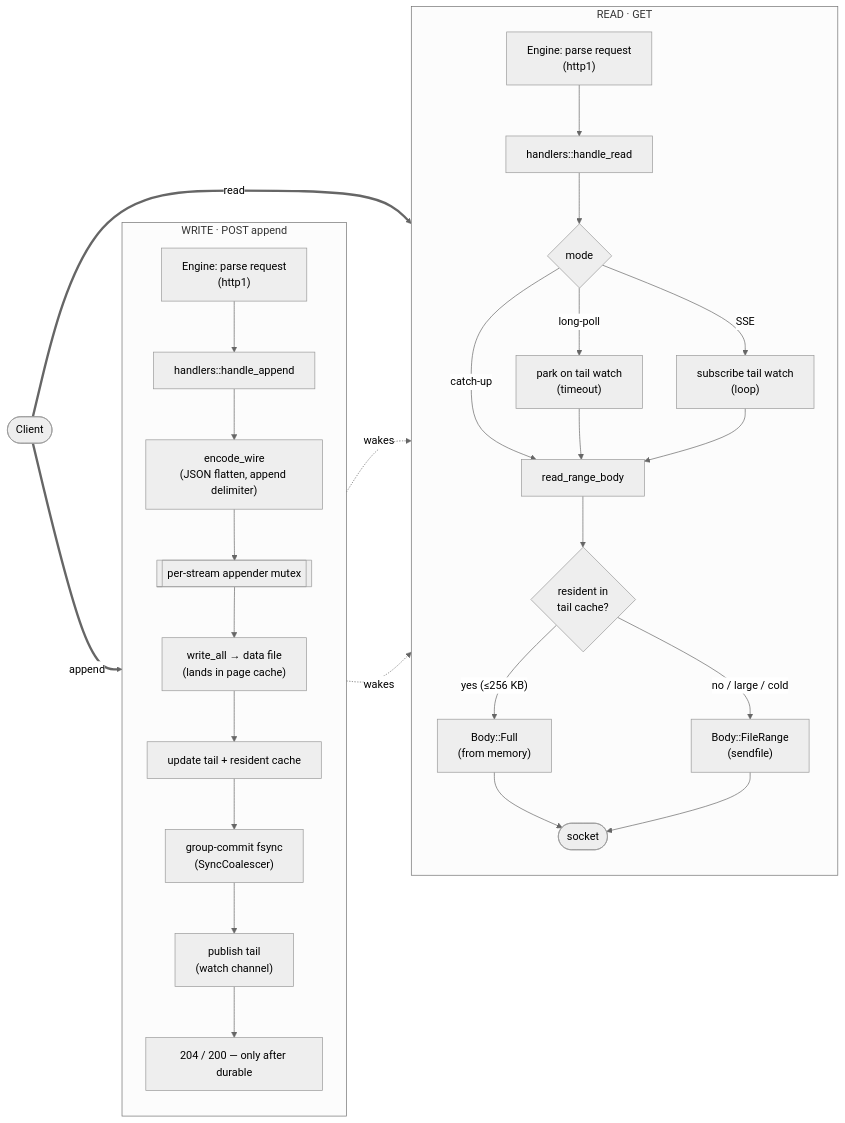
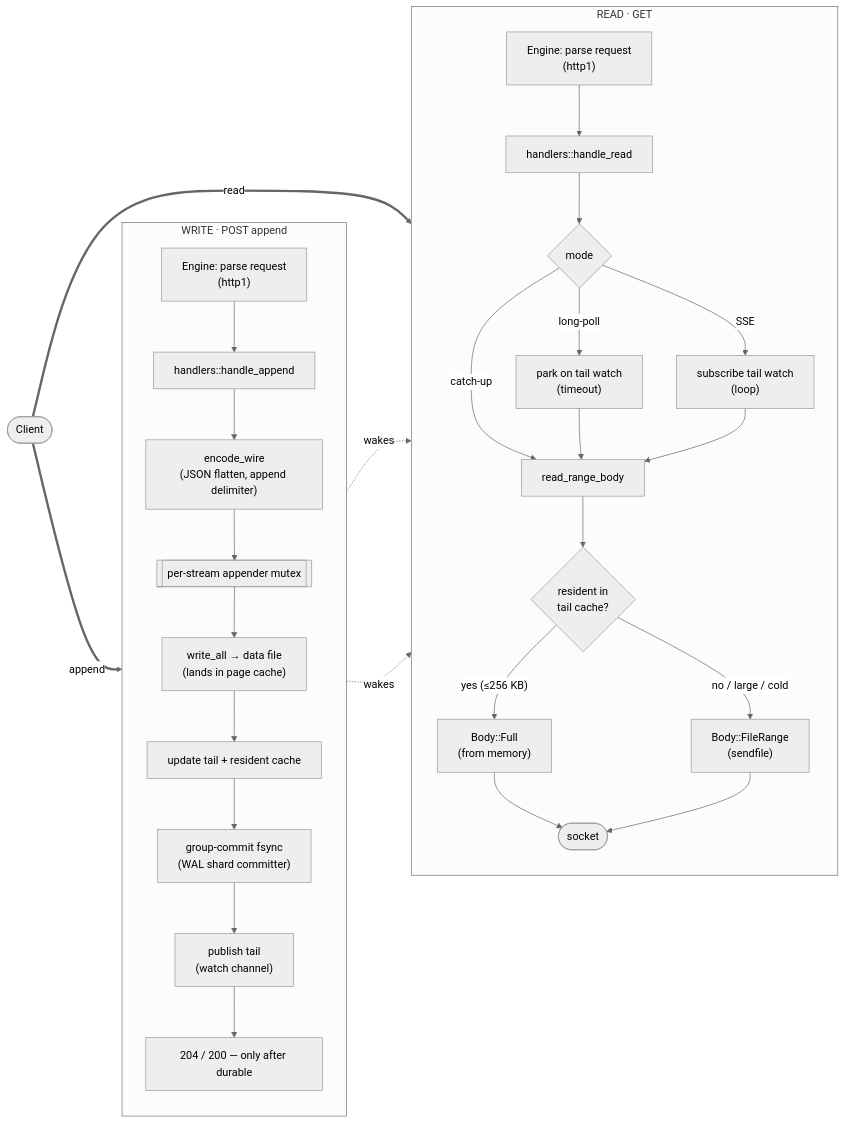
Before and after one commit to electric-sql/electric: the first of 3 diagrams in ARCHITECTURE.md, drawn with Mermaid (neutral theme). The commit also changed other lines of this file and 2 other files, not shown here.

First line of the commit message:
docs(server-rust): WAL-only durability; add LIMITATIONS.md; drop relaxed-durability

````diff
--- a/ARCHITECTURE.md
+++ b/ARCHITECTURE.md
@@ -38,37 +38,37 @@
 ```mermaid
 flowchart LR
   C(["Client"])
 
   subgraph WRITE["WRITE  ·  POST append"]
     direction TB
     W1["Engine: parse request<br/>(http1)"] --> W2["handlers::handle_append"]
     W2 --> W3["encode_wire<br/>(JSON flatten, append delimiter)"]
     W3 --> W4[["per-stream appender mutex"]]
     W4 --> W5["write_all → data file<br/>(lands in page cache)"]
     W5 --> W6["update tail + resident cache"]
-    W6 --> W7["group-commit fsync<br/>(SyncCoalescer)"]
+    W6 --> W7["group-commit fsync<br/>(WAL shard committer)"]
     W7 --> W8["publish tail<br/>(watch channel)"]
     W8 --> W9["204 / 200 — only after durable"]
   end
 
   subgraph READ["READ  ·  GET"]
     direction TB
     R1["Engine: parse request<br/>(http1)"] --> R2["handlers::handle_read"]
     R2 --> R3{"mode"}
     R3 -->|"catch-up"| RB["read_range_body"]
     R3 -->|"long-poll"| R5["park on tail watch<br/>(timeout)"]
     R3 -->|"SSE"| R6["subscribe tail watch<br/>(loop)"]
     R5 --> RB
     R6 --> RB
     RB --> R7{"resident in<br/>tail cache?"}
     R7 -->|"yes (≤256 KB)"| R8["Body::Full<br/>(from memory)"]
     R7 -->|"no / large / cold"| R9["Body::FileRange<br/>(sendfile)"]
     R8 --> R10(["socket"])
     R9 --> R10
   end
 
   C ==>|"append"| W1
   C ==>|"read"| R1
   W8 -. "wakes" .-> R5
   W8 -. "wakes" .-> R6
 ```
````
